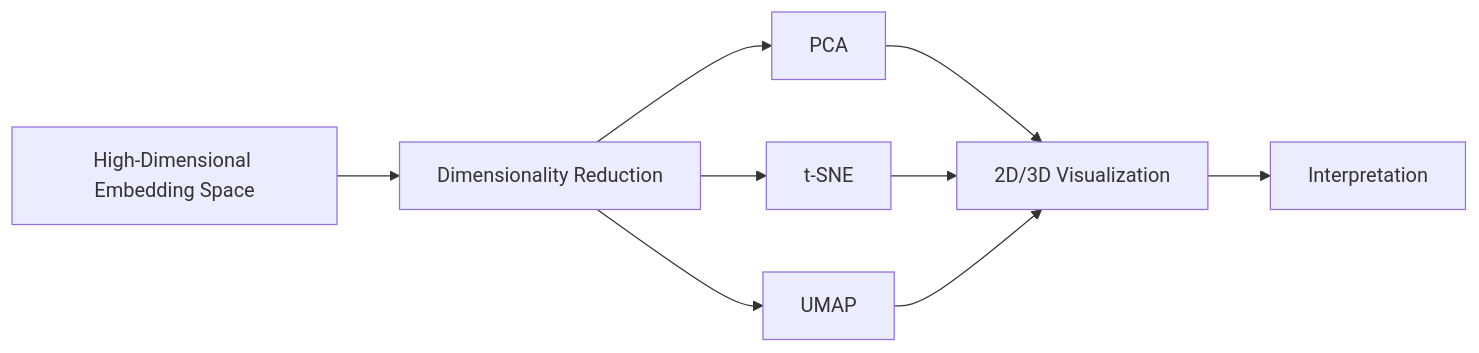
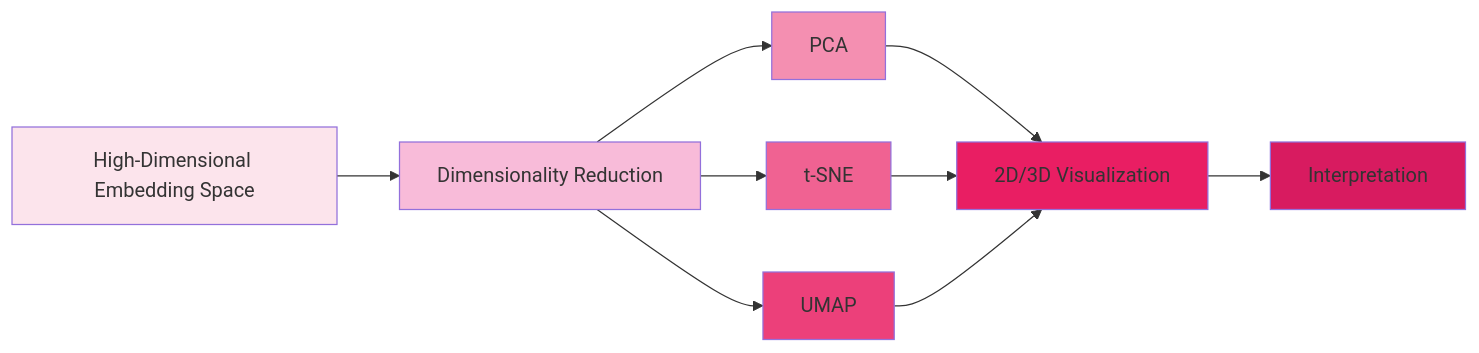
Before and after one commit to Chaklader/landmark-classification-cnn: diagram 12 of 12 in C_4.md, drawn with Mermaid. The commit also changed other lines of this file, not shown here.

````diff
--- a/C_4.md
+++ b/C_4.md
@@ -2508,11 +2856,19 @@
 ```mermaid
 graph LR
     A[High-Dimensional Embedding Space] --> B[Dimensionality Reduction]
     B --> C1[PCA]
     B --> C2[t-SNE]
     B --> C3[UMAP]
     C1 --> D[2D/3D Visualization]
     C2 --> D
     C3 --> D
     D --> E[Interpretation]
+
+    style A fill:#FCE4EC
+    style B fill:#F8BBD9
+    style C1 fill:#F48FB1
+    style C2 fill:#F06292
+    style C3 fill:#EC407A
+    style D fill:#E91E63
+    style E fill:#D81B60
 ```
````
